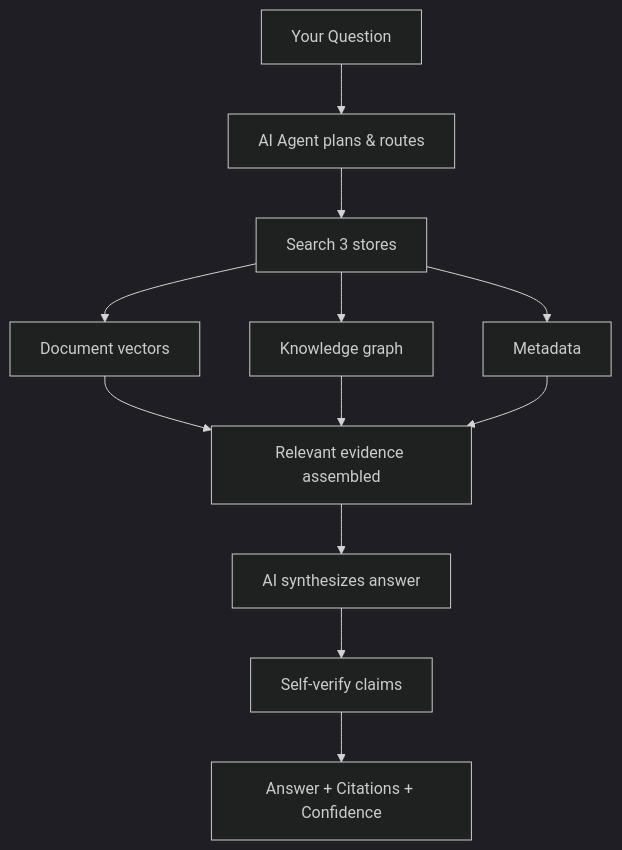
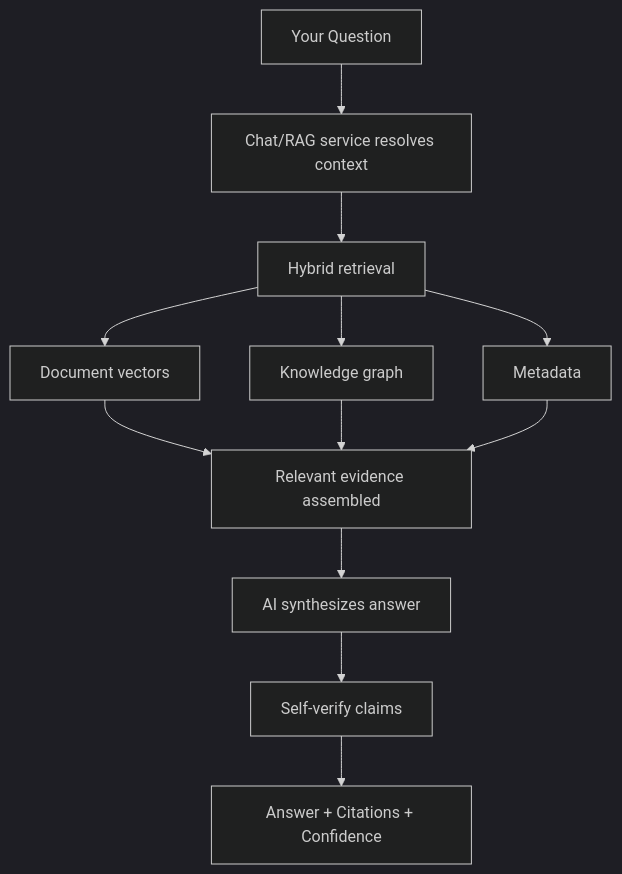
The third of 4 diagrams in docs/17_PRESENTATION_GUIDE.md (pratapVansh/TRACE), drawn with Mermaid (dark theme) before and after one commit. The commit also changed other lines of this file and 60 other files, not shown here.

````diff
--- a/docs/17_PRESENTATION_GUIDE.md
+++ b/docs/17_PRESENTATION_GUIDE.md
@@ -272,14 +280,14 @@
 ```mermaid
 flowchart TB
-    Q["Your Question"] --> AGENT["AI Agent plans & routes"]
-    AGENT --> SEARCH["Search 3 stores"]
+    Q["Your Question"] --> AGENT["Chat/RAG service resolves context"]
+    AGENT --> SEARCH["Hybrid retrieval"]
     SEARCH --> VEC["Document vectors"]
     SEARCH --> GRAPH["Knowledge graph"]
     SEARCH --> META["Metadata"]
     VEC --> EVIDENCE["Relevant evidence assembled"]
     GRAPH --> EVIDENCE
     META --> EVIDENCE
     EVIDENCE --> AI["AI synthesizes answer"]
     AI --> VERIFY["Self-verify claims"]
     VERIFY --> ANS["Answer + Citations + Confidence"]
 ```
````
